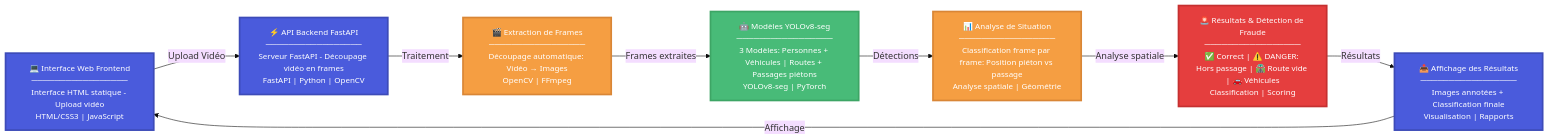
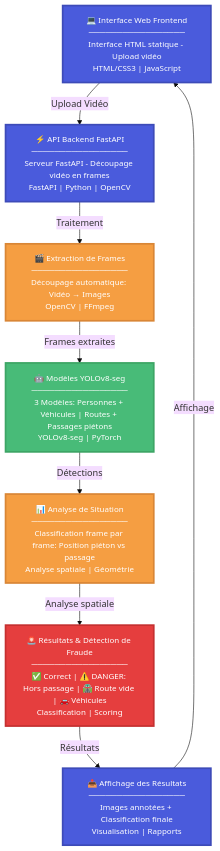
The diagram in README.md (Barrada-yasser/urban-fraud-detection), drawn with Mermaid (base theme) before and after one commit. The commit also changed other lines of this file, not shown here.

````diff
--- a/README.md
+++ b/README.md
@@ -9,38 +9,38 @@
 ```mermaid
-graph LR
+graph TB
     %% Style definitions
     classDef frontendStyle fill:#4a5bdc,stroke:#3d4bb8,stroke-width:3px,color:#fff,font-size:14px
     classDef backendStyle fill:#4a5bdc,stroke:#3d4bb8,stroke-width:3px,color:#fff,font-size:14px
     classDef processingStyle fill:#f59e42,stroke:#d98636,stroke-width:3px,color:#fff,font-size:14px
     classDef aiStyle fill:#48bb78,stroke:#3da565,stroke-width:3px,color:#fff,font-size:14px
     classDef analysisStyle fill:#f59e42,stroke:#d98636,stroke-width:3px,color:#fff,font-size:14px
     classDef detectionStyle fill:#e53e3e,stroke:#c53030,stroke-width:3px,color:#fff,font-size:14px
     classDef resultStyle fill:#4a5bdc,stroke:#3d4bb8,stroke-width:3px,color:#fff,font-size:14px
     
     %% Nodes
     A["💻 Interface Web Frontend<br/>─────────────────<br/>Interface HTML statique - Upload vidéo<br/>HTML/CSS3 | JavaScript"]
     B["⚡ API Backend FastAPI<br/>─────────────────<br/>Serveur FastAPI - Découpage vidéo en frames<br/>FastAPI | Python | OpenCV"]
     C["🎬 Extraction de Frames<br/>─────────────────<br/>Découpage automatique: Vidéo → Images<br/>OpenCV | FFmpeg"]
     D["🤖 Modèles YOLOv8-seg<br/>─────────────────<br/>3 Modèles: Personnes + Véhicules | Routes + Passages piétons<br/>YOLOv8-seg | PyTorch"]
     E["📊 Analyse de Situation<br/>─────────────────<br/>Classification frame par frame: Position piéton vs passage<br/>Analyse spatiale | Géométrie"]
     F["🚨 Résultats & Détection de Fraude<br/>─────────────────<br/>✅ Correct | ⚠️ DANGER: Hors passage | 🛣️ Route vide | 🚗 Véhicules<br/>Classification | Scoring"]
     G["📤 Affichage des Résultats<br/>─────────────────<br/>Images annotées + Classification finale<br/>Visualisation | Rapports"]
     
     %% Connections
     A -->|Upload Vidéo| B
     B -->|Traitement| C
     C -->|Frames extraites| D
     D -->|Détections| E
     E -->|Analyse spatiale| F
     F -->|Résultats| G
     G -->|Affichage| A
     
     %% Apply styles
     class A frontendStyle
     class B backendStyle
     class C processingStyle
     class D aiStyle
     class E analysisStyle
     class F detectionStyle
     class G resultStyle
 ```
````
